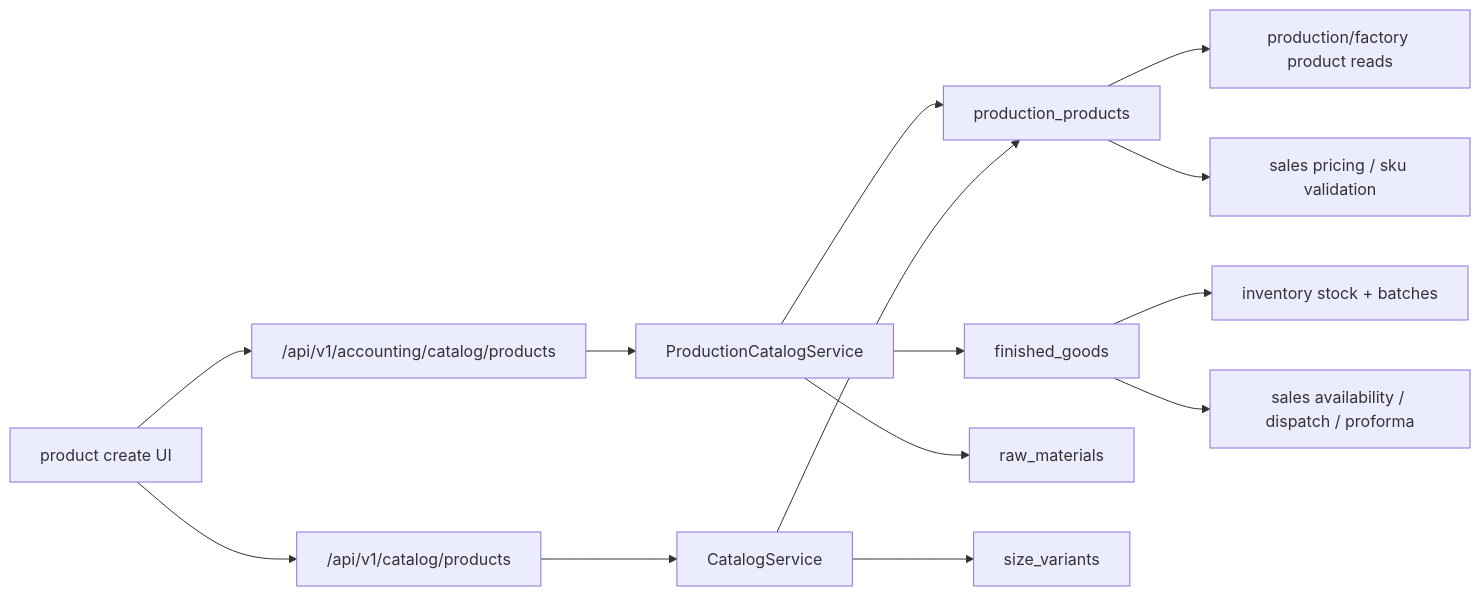
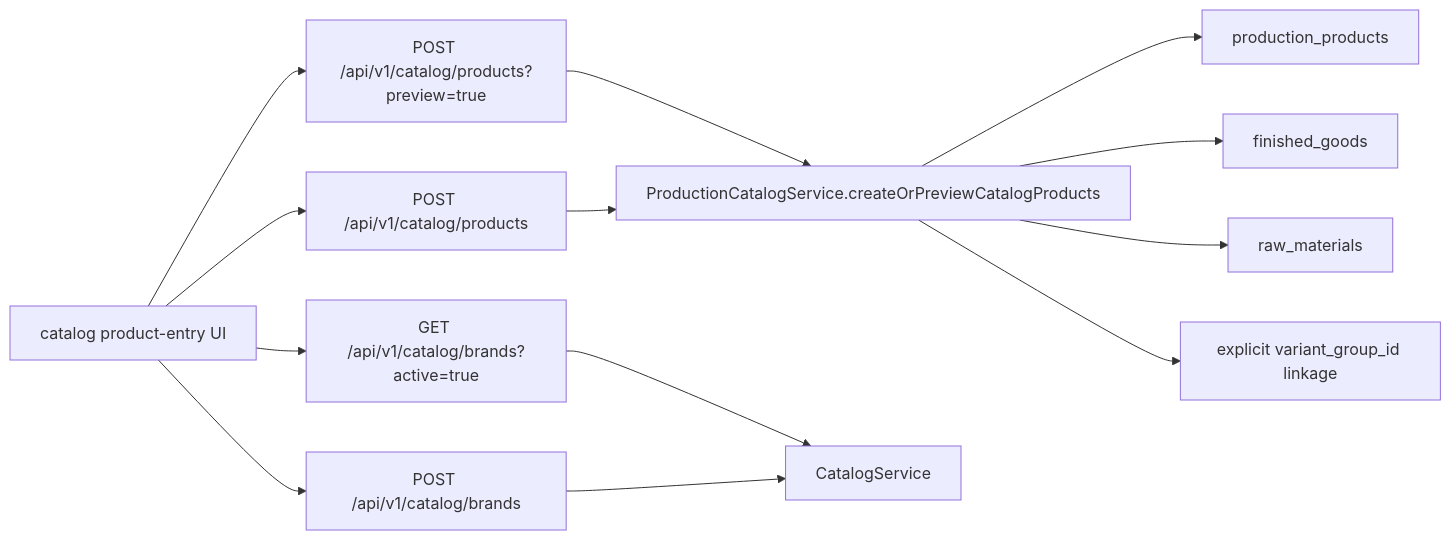
One commit to anasibnanwar-XYE/bigbrightpaints-erp changed the diagram in docs/developer/catalog-consolidation/README.md. Above: the diagram before and after it, drawn with Mermaid. The commit also changed other lines of this file and 12 other files, not shown here.

````diff
--- a/docs/developer/catalog-consolidation/README.md
+++ b/docs/developer/catalog-consolidation/README.md
@@ -79,20 +62,17 @@
 ```mermaid
 flowchart LR
-    UI["product create UI"] --> ACC["/api/v1/accounting/catalog/products"]
-    UI --> CAT["/api/v1/catalog/products"]
+    UI["catalog product-entry UI"] --> BL["GET /api/v1/catalog/brands?active=true"]
+    UI --> BC["POST /api/v1/catalog/brands"]
+    UI --> PV["POST /api/v1/catalog/products?preview=true"]
+    UI --> CM["POST /api/v1/catalog/products"]
 
-    ACC --> PCS["ProductionCatalogService"]
-    CAT --> CS["CatalogService"]
+    PV --> PCS["ProductionCatalogService.createOrPreviewCatalogProducts"]
+    CM --> PCS
+    BL --> CS["CatalogService"]
+    BC --> CS
 
     PCS --> PP["production_products"]
     PCS --> FG["finished_goods"]
     PCS --> RM["raw_materials"]
-
-    CS --> PP
-    CS --> SV["size_variants"]
-
-    PP --> PROD["production/factory product reads"]
-    FG --> INV["inventory stock + batches"]
-    PP --> SALES["sales pricing / sku validation"]
-    FG --> SALES2["sales availability / dispatch / proforma"]
+    PCS --> VG["explicit variant_group_id linkage"]
 ```
````
